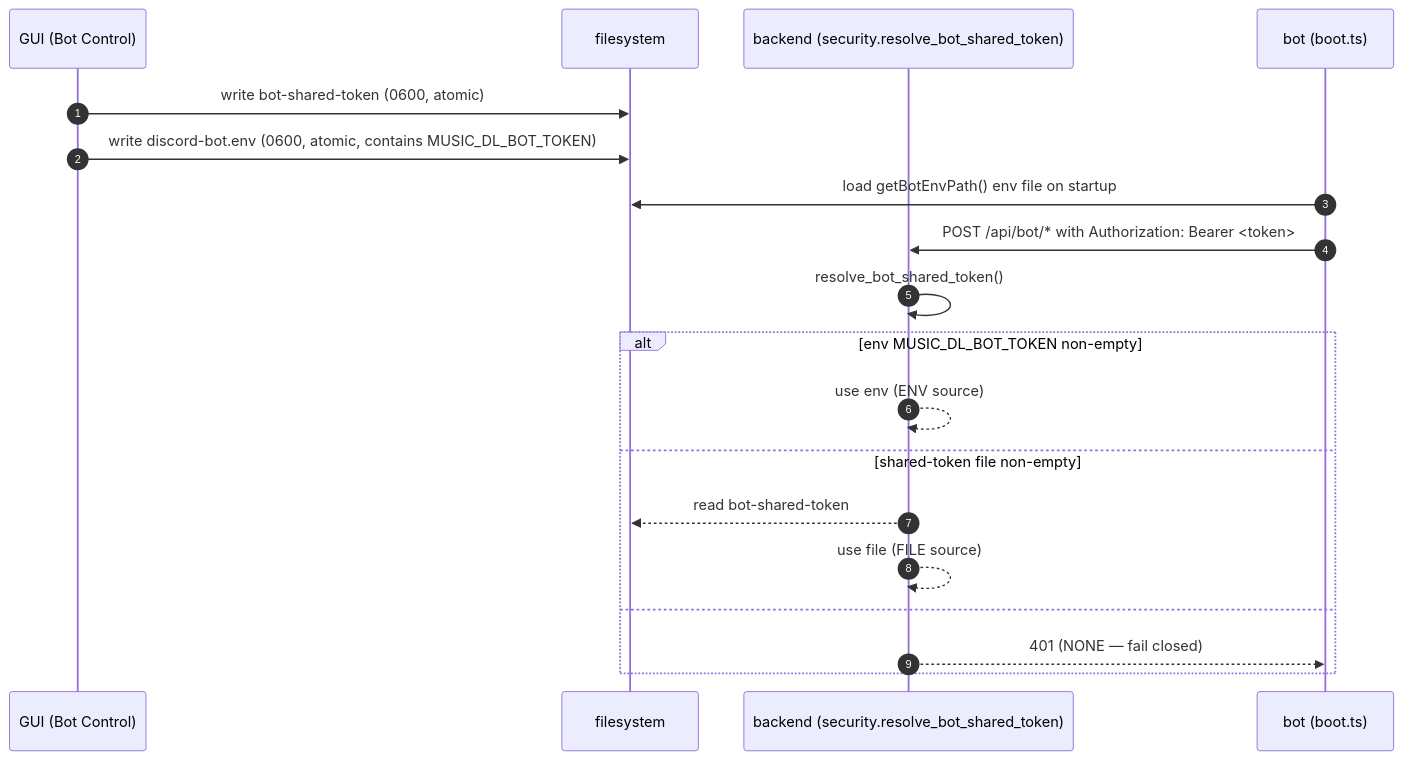
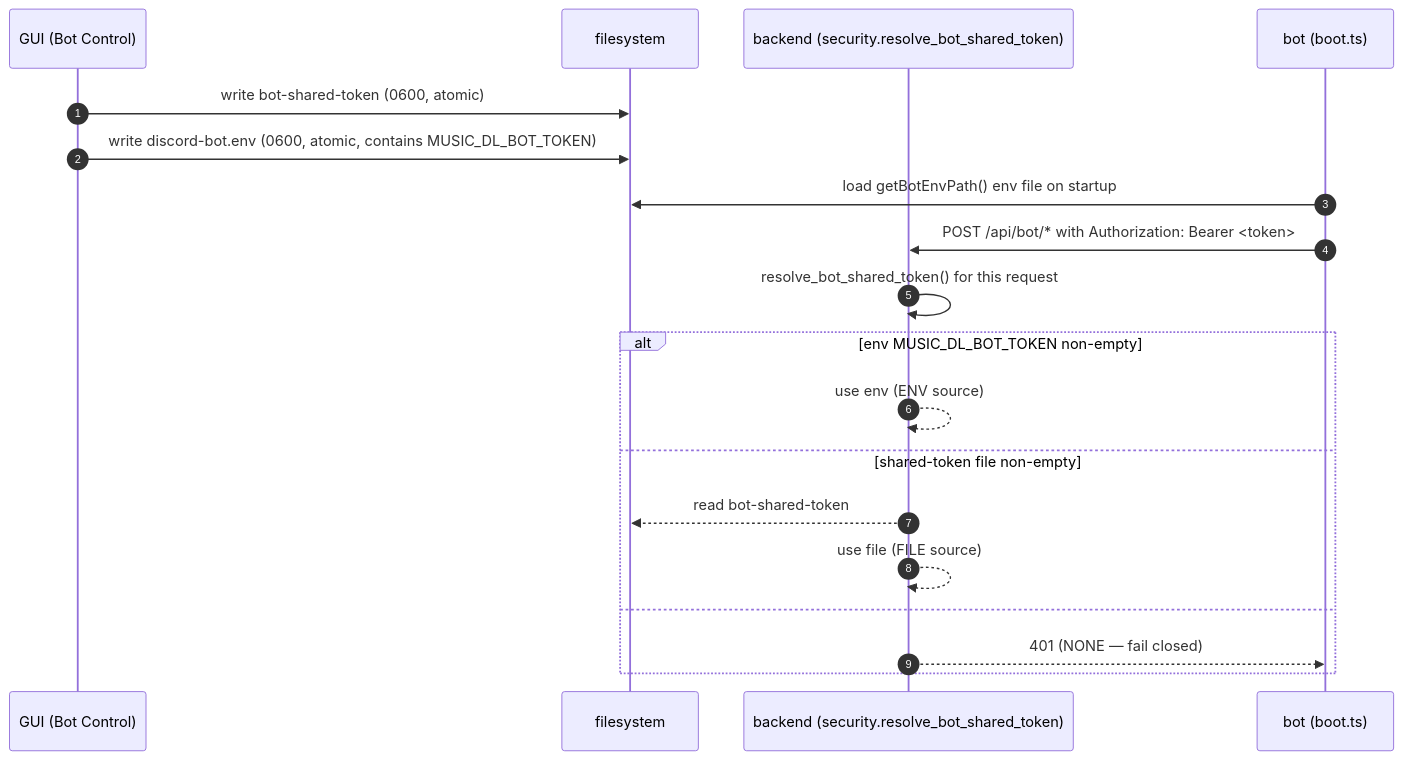
Before and after one commit to STEPPING3DCAD/music-dl: the second of 2 diagrams in tidaldl-py/docs/bot-onboarding.md, drawn with Mermaid. The commit also changed other lines of this file and 14 other files, not shown here.

````diff
--- a/tidaldl-py/docs/bot-onboarding.md
+++ b/tidaldl-py/docs/bot-onboarding.md
@@ -107,22 +108,22 @@
 ```mermaid
 sequenceDiagram
     autonumber
     participant G as GUI (Bot Control)
     participant FS as filesystem
     participant B as backend (security.resolve_bot_shared_token)
     participant BOT as bot (boot.ts)
 
     G->>FS: write bot-shared-token (0600, atomic)
     G->>FS: write discord-bot.env (0600, atomic, contains MUSIC_DL_BOT_TOKEN)
     BOT->>FS: load getBotEnvPath() env file on startup
     BOT->>B: POST /api/bot/* with Authorization: Bearer <token>
-    B->>B: resolve_bot_shared_token()
+    B->>B: resolve_bot_shared_token() for this request
     alt env MUSIC_DL_BOT_TOKEN non-empty
       B-->>B: use env (ENV source)
     else shared-token file non-empty
       B-->>FS: read bot-shared-token
       B-->>B: use file (FILE source)
     else
       B-->>BOT: 401 (NONE — fail closed)
     end
 ```
````
